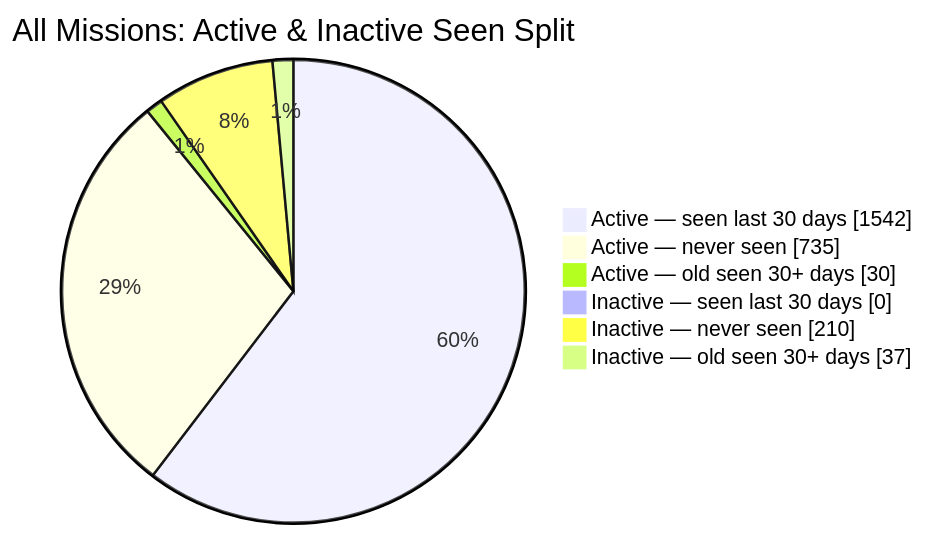
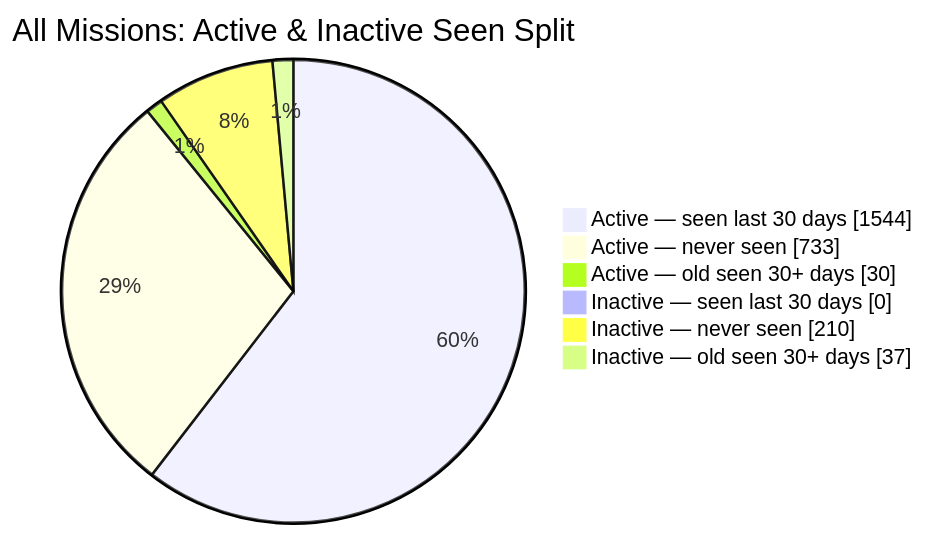
Before and after one commit to MeldkamerspelGameTeam/active-missions: the second of 2 diagrams in README.md, drawn with Mermaid. The commit also changed other lines of this file and 3 other files, not shown here.

````diff
--- a/README.md
+++ b/README.md
@@ -44,10 +44,10 @@
 ```mermaid
 pie showData
     title All Missions: Active & Inactive Seen Split
-    "Active — seen last 30 days" : 1542
-    "Active — never seen" : 735
+    "Active — seen last 30 days" : 1544
+    "Active — never seen" : 733
     "Active — old seen 30+ days" : 30
     "Inactive — seen last 30 days" : 0
     "Inactive — never seen" : 210
     "Inactive — old seen 30+ days" : 37
 ```
````
